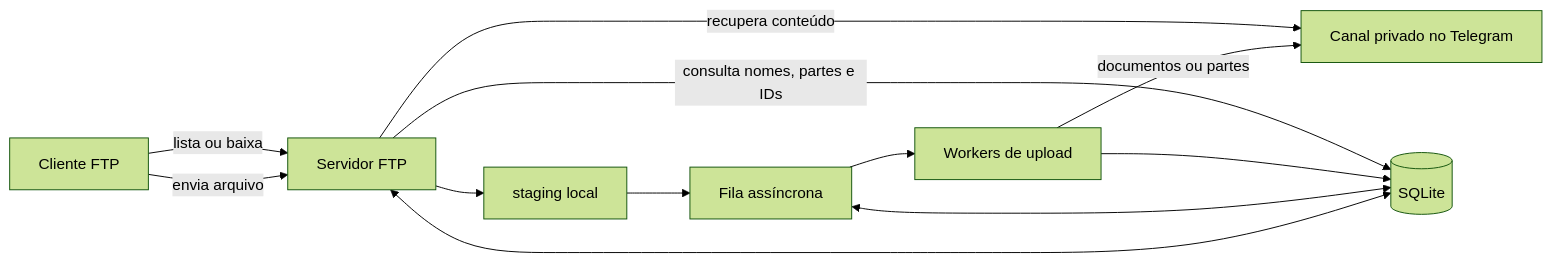
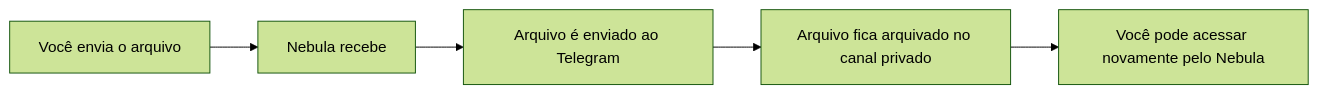
Before and after one commit to jeffbart/NebulaLocal: the second of 2 diagrams in docs/MAPA_MENTAL.md, drawn with Mermaid (forest theme). The commit also changed other lines of this file, not shown here.

````diff
--- a/docs/MAPA_MENTAL.md
+++ b/docs/MAPA_MENTAL.md
@@ -140,14 +34,7 @@
 ```mermaid
 flowchart LR
-    A[Cliente FTP] -->|envia arquivo| B[Servidor FTP]
-    B --> C[staging local]
-    C --> D[Fila assíncrona]
-    D --> E[Workers de upload]
-    E -->|documentos ou partes| F[Canal privado no Telegram]
-    B <--> G[(SQLite)]
-    D <--> G
-    E --> G
-    A -->|lista ou baixa| B
-    B -->|consulta nomes, partes e IDs| G
-    B -->|recupera conteúdo| F
+    A[Você envia o arquivo] --> B[Nebula recebe]
+    B --> C[Arquivo é enviado ao Telegram]
+    C --> D[Arquivo fica arquivado no canal privado]
+    D --> E[Você pode acessar novamente pelo Nebula]
 ```
````
